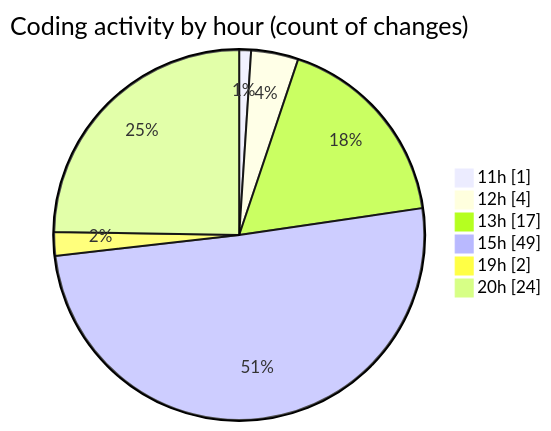
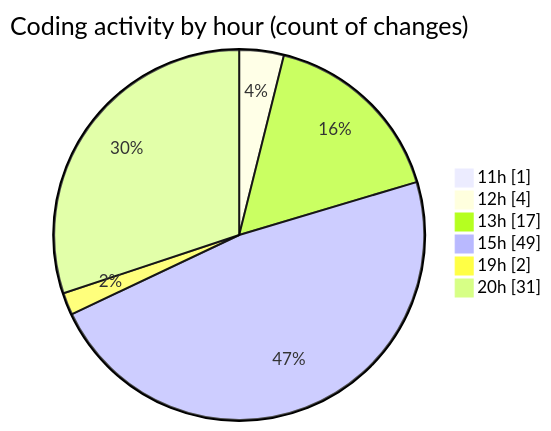
Before and after one commit to nxtqubesakshisongat/code-tracking: the second of 2 diagrams in 2025-09-28/nxtqube_webapp/README.md, drawn with Mermaid. The commit also changed other lines of this file and 1 other file, not shown here.

````diff
--- a/2025-09-28/nxtqube_webapp/README.md
+++ b/2025-09-28/nxtqube_webapp/README.md
@@ -32,10 +32,10 @@
 ```mermaid
 pie showData
 title Coding activity by hour (count of changes)
 "11h" : 1
 "12h" : 4
 "13h" : 17
 "15h" : 49
 "19h" : 2
-"20h" : 24
+"20h" : 31
 ```
````
